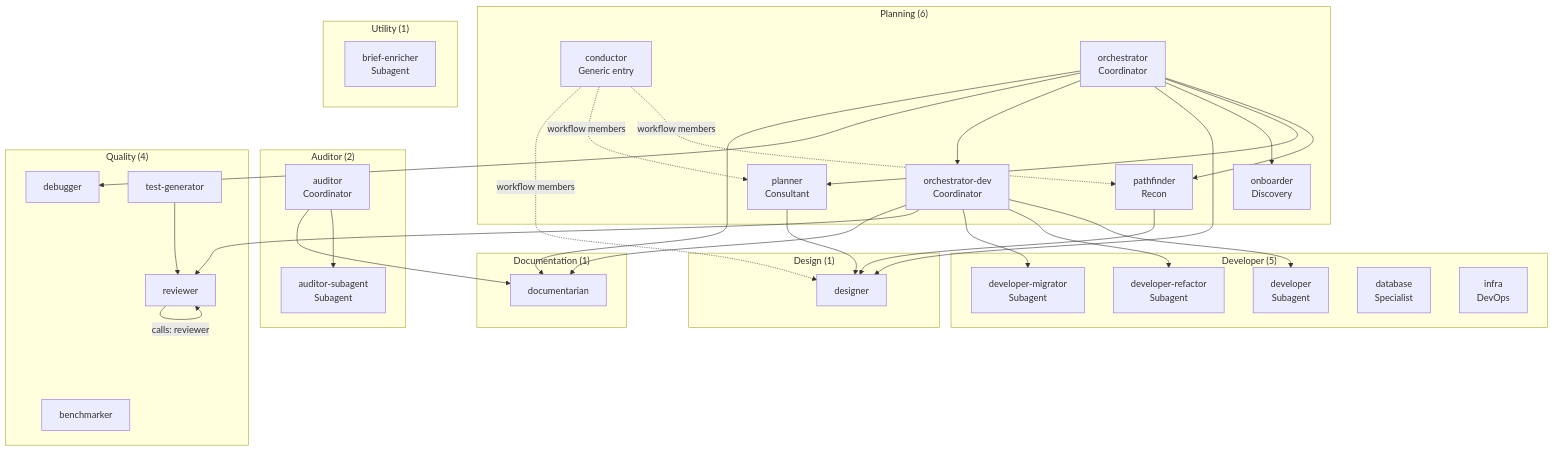
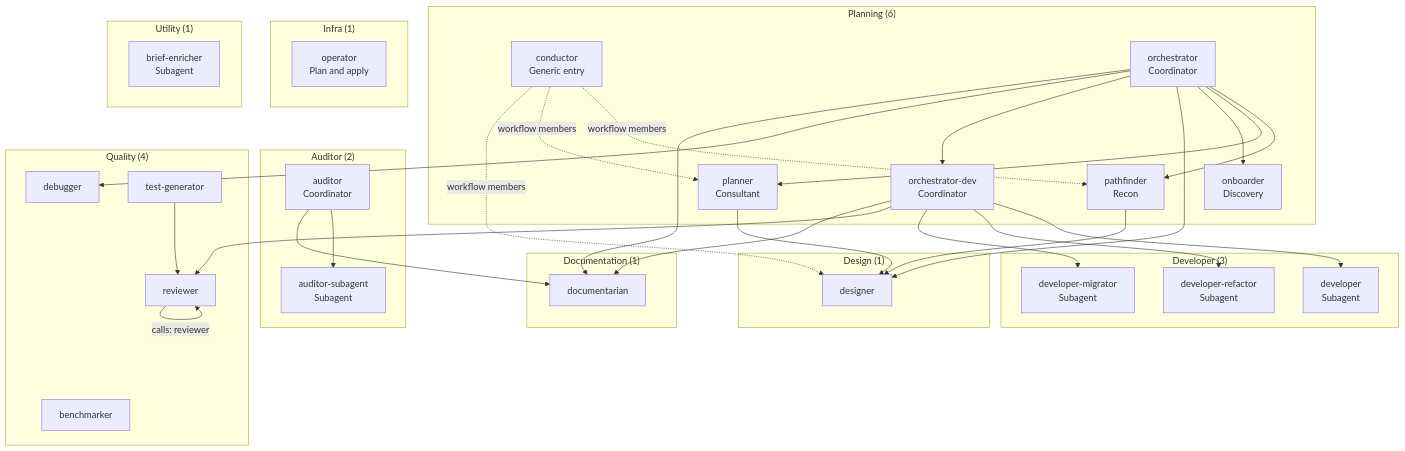
One commit to datichb/openhub changed the diagram in docs/architecture/agents.en.md. Above: the diagram before and after it, drawn with Mermaid. The commit also changed other lines of this file and 29 other files, not shown here.

Commit message:
docs: operator and infra-change, infra and database audit domains, infra and database agents removed — workflows reference and guide, agents, skills, model resolution, delegation, living wiki, audit tools, glossary, SECURITY, README (consolidation C1)

````diff
--- a/docs/architecture/agents.en.md
+++ b/docs/architecture/agents.en.md
@@ -44,45 +44,46 @@
 ```mermaid
 flowchart TD
     subgraph PL ["Planning (6)"]
         COND["conductor<br/>Generic entry"]
         ORCH["orchestrator<br/>Coordinator"]
         ORCHDEV["orchestrator-dev<br/>Coordinator"]
         PLAN["planner<br/>Consultant"]
         PATH["pathfinder<br/>Recon"]
         ONB["onboarder<br/>Discovery"]
     end
-    subgraph DV ["Developer (5)"]
+    subgraph DV ["Developer (3)"]
         DEV["developer<br/>Subagent"]
         DEVR["developer-refactor<br/>Subagent"]
         DEVM["developer-migrator<br/>Subagent"]
-        DB["database<br/>Specialist"]
-        INFRA["infra<br/>DevOps"]
+    end
+    subgraph IN ["Infra (1)"]
+        OPS["operator<br/>Plan and apply"]
     end
     subgraph AU ["Auditor (2)"]
         AUD["auditor<br/>Coordinator"]
         AUDS["auditor-subagent<br/>Subagent"]
     end
     subgraph QU ["Quality (4)"]
         REV["reviewer"]
         DBG["debugger"]
         BENCH["benchmarker"]
         TEST["test-generator"]
     end
     subgraph DS ["Design (1)"]
         DES["designer"]
     end
     subgraph DC ["Documentation (1)"]
         DOC["documentarian"]
     end
     subgraph UT ["Utility (1)"]
         BRF["brief-enricher<br/>Subagent"]
     end
     COND -.->|workflow members| PATH & PLAN & DES
     ORCH --> PATH & PLAN & ONB & DES & ORCHDEV & DBG & DOC
     ORCHDEV --> DEV & DEVR & DEVM & REV & DOC
     PLAN --> DES
     PATH --> DES
     AUD --> AUDS & DOC
     TEST --> REV
     REV -->|calls: reviewer| REV
 ```
````
